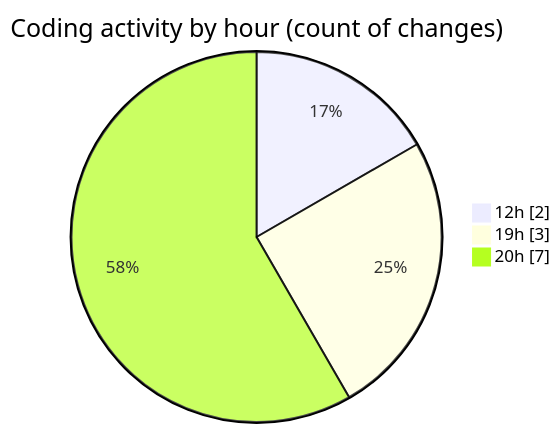
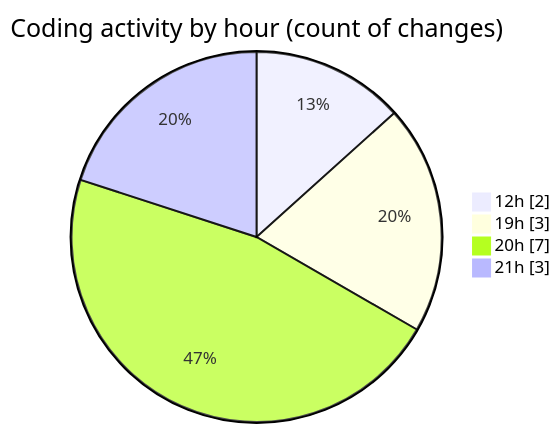
The second of 2 diagrams in 2025-03-29/myws__workspace_/README.md (MatusMokan/code-tracking), drawn with Mermaid before and after one commit. The commit also changed other lines of this file and 1 other file, not shown here.

````diff
--- a/2025-03-29/myws__workspace_/README.md
+++ b/2025-03-29/myws__workspace_/README.md
@@ -34,7 +36,8 @@
 ```mermaid
 pie showData
 title Coding activity by hour (count of changes)
 "12h" : 2
 "19h" : 3
 "20h" : 7
+"21h" : 3
 ```
````
